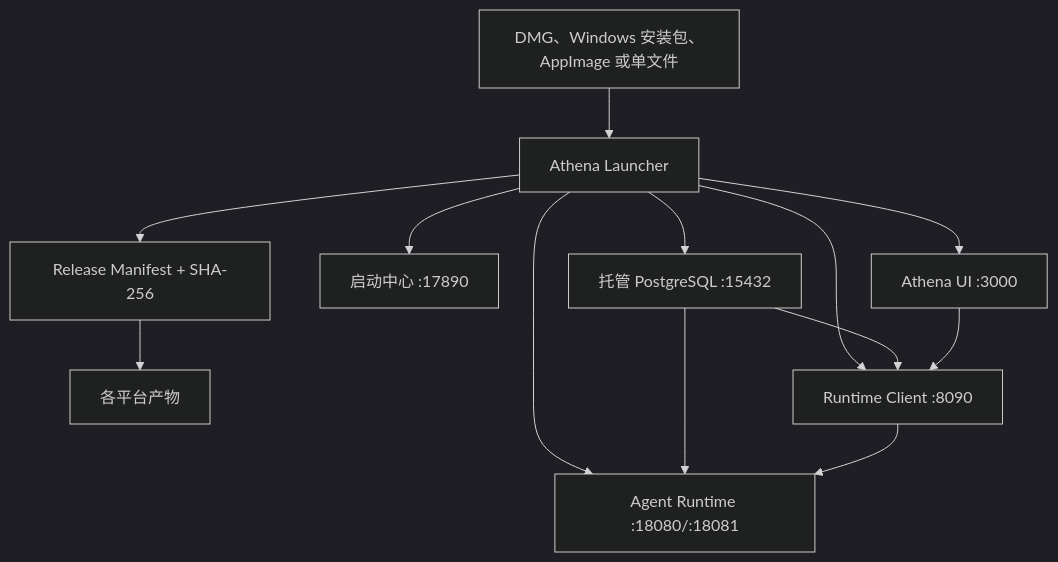
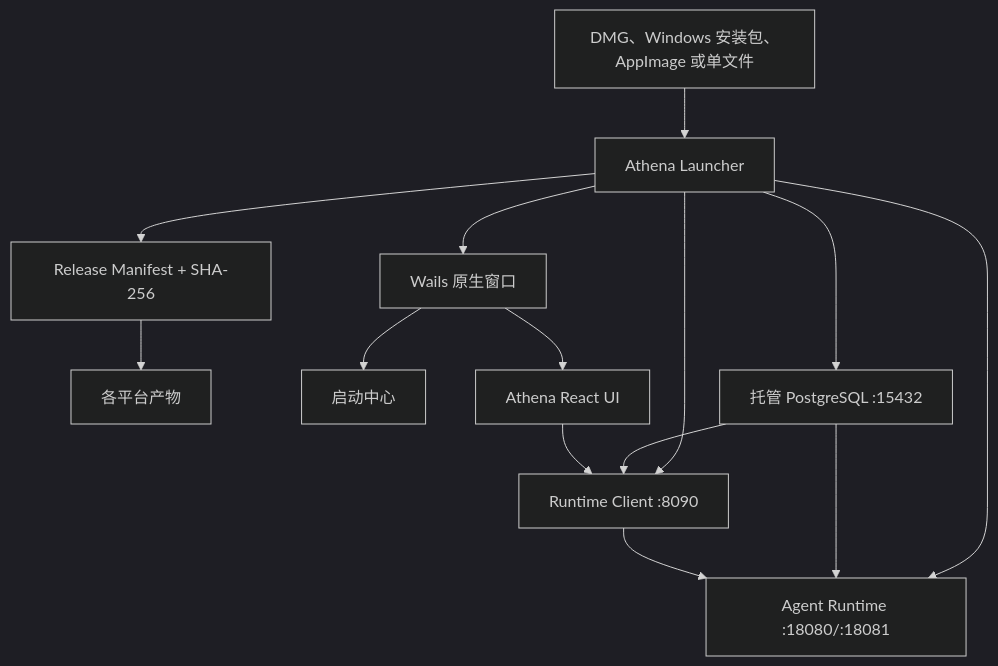
One commit to good-fish-man/athena-launcher changed the diagram in README.zh-CN.md. Above: the diagram before and after it, drawn with Mermaid (dark theme). The commit also changed other lines of this file and 47 other files, not shown here.

Commit message:
feat: add desktop runtime startup controls

````diff
--- a/README.zh-CN.md
+++ b/README.zh-CN.md
@@ -25,15 +36,16 @@
 ```mermaid
 flowchart TD
     Package["DMG、Windows 安装包、AppImage 或单文件"] --> Launcher["Athena Launcher"]
     Launcher --> Manifest["Release Manifest + SHA-256"]
     Manifest --> Packages["各平台产物"]
-    Launcher --> Startup["启动中心 :17890"]
+    Launcher --> Desktop["Wails 原生窗口"]
+    Desktop --> Startup["启动中心"]
+    Desktop --> UI["Athena React UI"]
     Launcher --> PG["托管 PostgreSQL :15432"]
     Launcher --> Runtime["Agent Runtime :18080/:18081"]
     Launcher --> Client["Runtime Client :8090"]
-    Launcher --> UI["Athena UI :3000"]
     PG --> Runtime
     PG --> Client
     Client --> Runtime
     UI --> Client
 ```
````
